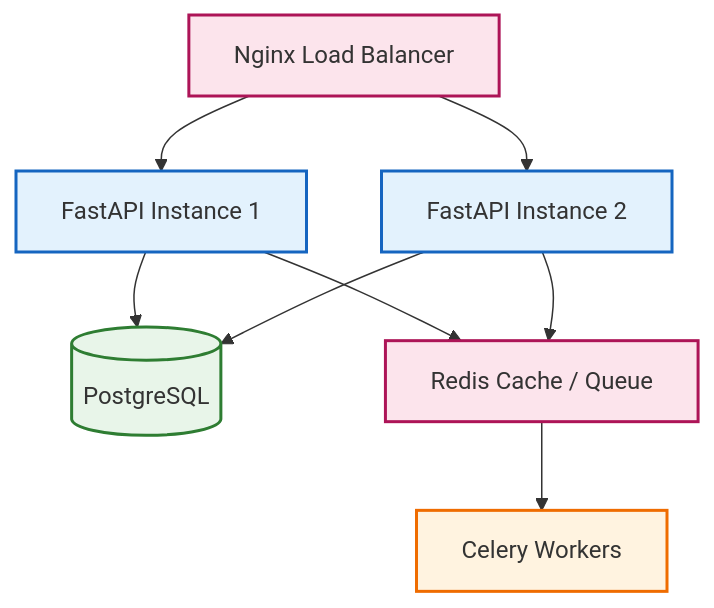
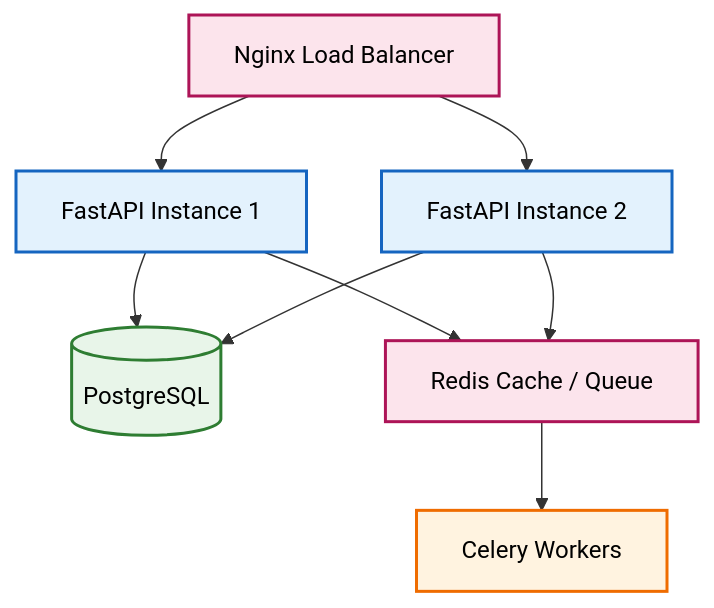
The diagram in README.md (asimhussain0010/BookVoice), drawn with Mermaid before and after one commit.

Commit message:
updated setup instructions

````diff
--- a/README.md
+++ b/README.md
@@ -61,20 +61,21 @@
 ```mermaid
+%%{init: {"themeVariables": {"primaryTextColor": "#000000"}}}%%
 flowchart TB
-    classDef api fill:#e3f2fd,stroke:#1565c0,stroke-width:2px
-    classDef infra fill:#fce4ec,stroke:#ad1457,stroke-width:2px
-    classDef db fill:#e8f5e9,stroke:#2e7d32,stroke-width:2px
-    classDef worker fill:#fff3e0,stroke:#ef6c00,stroke-width:2px
+    classDef api fill:#e3f2fd,stroke:#1565c0,stroke-width:2px,color:#000000
+    classDef infra fill:#fce4ec,stroke:#ad1457,stroke-width:2px,color:#000000
+    classDef db fill:#e8f5e9,stroke:#2e7d32,stroke-width:2px,color:#000000
+    classDef worker fill:#fff3e0,stroke:#ef6c00,stroke-width:2px,color:#000000
 
     LB[Nginx Load Balancer]:::infra
 
     LB --> API1[FastAPI Instance 1]:::api
     LB --> API2[FastAPI Instance 2]:::api
 
     API1 --> DB[(PostgreSQL)]:::db
     API2 --> DB
 
     API1 --> REDIS[Redis Cache / Queue]:::infra
     API2 --> REDIS
 
     REDIS --> CELERY[Celery Workers]:::worker
 ```
````
